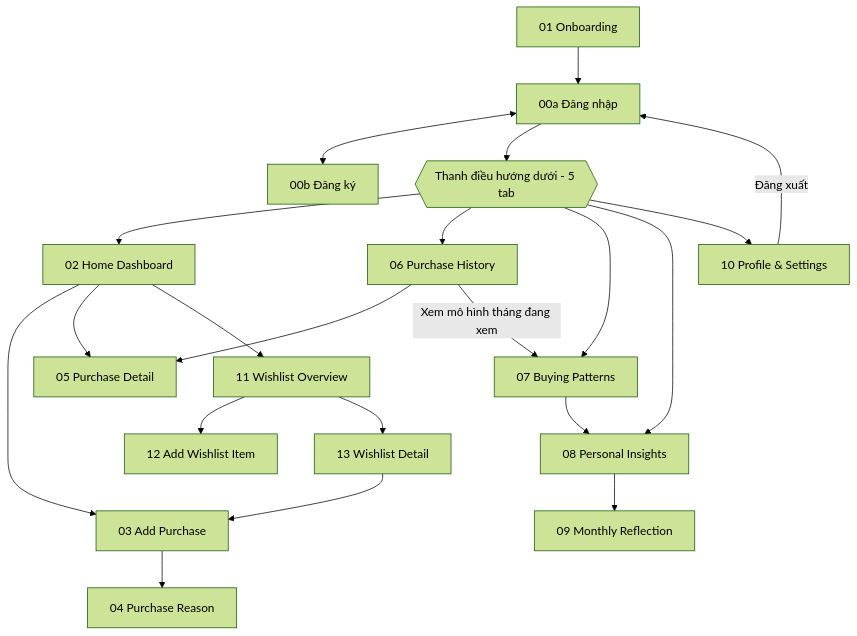
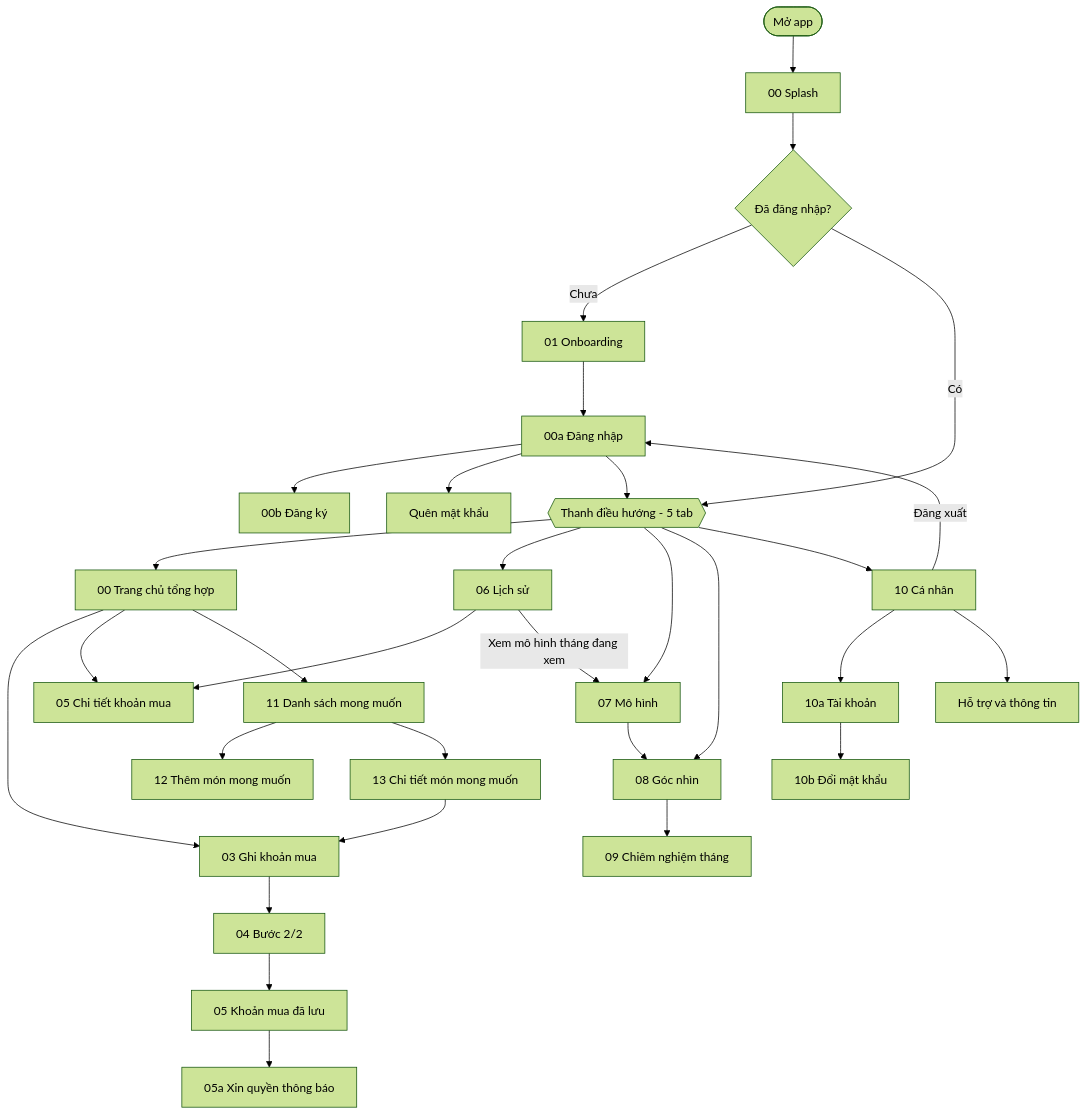
One commit to hoanghuan2005/prm393_lab02 changed the first of 8 diagrams in ux/user-flow.md. Above: the diagram before and after it, drawn with Mermaid (forest theme). The commit also changed other lines of this file and 5 other files, not shown here.

````diff
--- a/ux/user-flow.md
+++ b/ux/user-flow.md
@@ -33,21 +39,28 @@
 ```mermaid
 flowchart TD
-    S01[01 Onboarding] --> S00a[00a Đăng nhập]
-    S00a <--> S00b[00b Đăng ký]
-    S00a --> NAV{{Thanh điều hướng dưới - 5 tab}}
-    NAV --> S02[02 Home Dashboard]
-    NAV --> S06[06 Purchase History]
-    NAV --> S07[07 Buying Patterns]
-    NAV --> S08[08 Personal Insights]
-    NAV --> S10[10 Profile & Settings]
-    S02 --> S03[03 Add Purchase] --> S04[04 Purchase Reason]
-    S02 --> S05[05 Purchase Detail]
+    Open([Mở app]) --> S00[00 Splash]
+    S00 --> Logged{Đã đăng nhập?}
+    Logged -->|Chưa| S01[01 Onboarding] --> Login[00a Đăng nhập]
+    Login --> Reg[00b Đăng ký]
+    Login --> Forgot[Quên mật khẩu]
+    Logged -->|Có| NAV{{Thanh điều hướng - 5 tab}}
+    Login --> NAV
+    NAV --> S02[00 Trang chủ tổng hợp]
+    NAV --> S06[06 Lịch sử]
+    NAV --> S07[07 Mô hình]
+    NAV --> S08[08 Góc nhìn]
+    NAV --> S10[10 Cá nhân]
+    S02 --> S03[03 Ghi khoản mua] --> S04[04 Bước 2/2] --> S05s[05 Khoản mua đã lưu]
+    S05s --> S05a[05a Xin quyền thông báo]
+    S02 --> S05[05 Chi tiết khoản mua]
     S06 --> S05
     S07 --> S08
-    S08 --> S09[09 Monthly Reflection]
-    S02 --> S11[11 Wishlist Overview] --> S12[12 Add Wishlist Item]
-    S11 --> S13[13 Wishlist Detail]
+    S08 --> S09[09 Chiêm nghiệm tháng]
+    S02 --> S11[11 Danh sách mong muốn] --> S12[12 Thêm món mong muốn]
+    S11 --> S13[13 Chi tiết món mong muốn]
     S13 --> S03
     S06 -->|Xem mô hình tháng đang xem| S07
-    S10 -->|Đăng xuất| S00a
+    S10 --> S10a[10a Tài khoản] --> S10b[10b Đổi mật khẩu]
+    S10 --> Help[Hỗ trợ và thông tin]
+    S10 -->|Đăng xuất| Login
 ```
````
